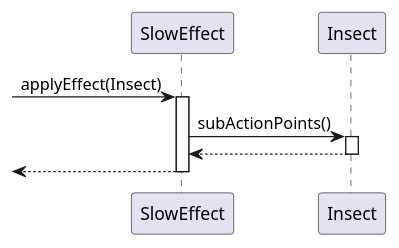
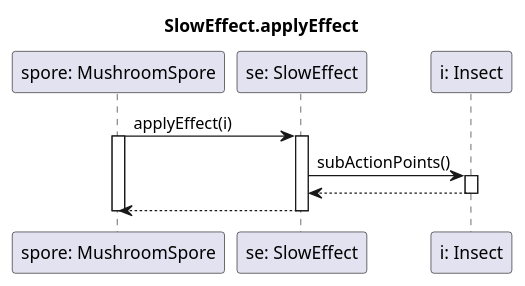
Before and after one commit to dzsem/projlab: the diagram in diagrams/sequence/effects/sloweffect.plantuml, drawn with PlantUML. The commit also changed 3 other files, not shown here.

```diff
--- a/diagrams/sequence/effects/sloweffect.plantuml
+++ b/diagrams/sequence/effects/sloweffect.plantuml
@@ -1,25 +1,25 @@
 @startuml SlowEffect
+title SlowEffect.applyEffect
 
-participant "SlowEffect" as effect
-
-participant "Insect" as insect
+participant "spore: MushroomSpore" as spore
+participant "se: SlowEffect" as effect
+participant "i: Insect" as insect
 
 
-
-
--> effect : applyEffect(Insect)
+spore -> effect : applyEffect(i)
+activate spore
 activate effect
 
 effect->insect: subActionPoints()
 activate insect
 
 effect<--insect
 deactivate insect
 
-<--effect
+spore <--effect
 deactivate effect
-
+deactivate spore
 
 
 
 @enduml
```
